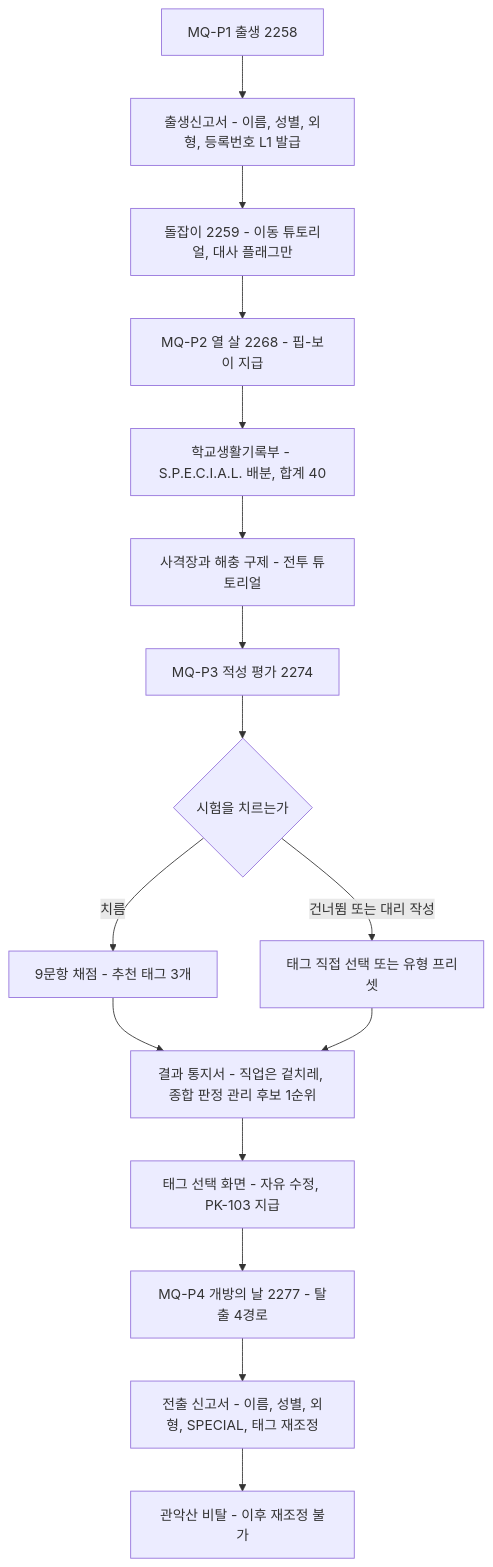
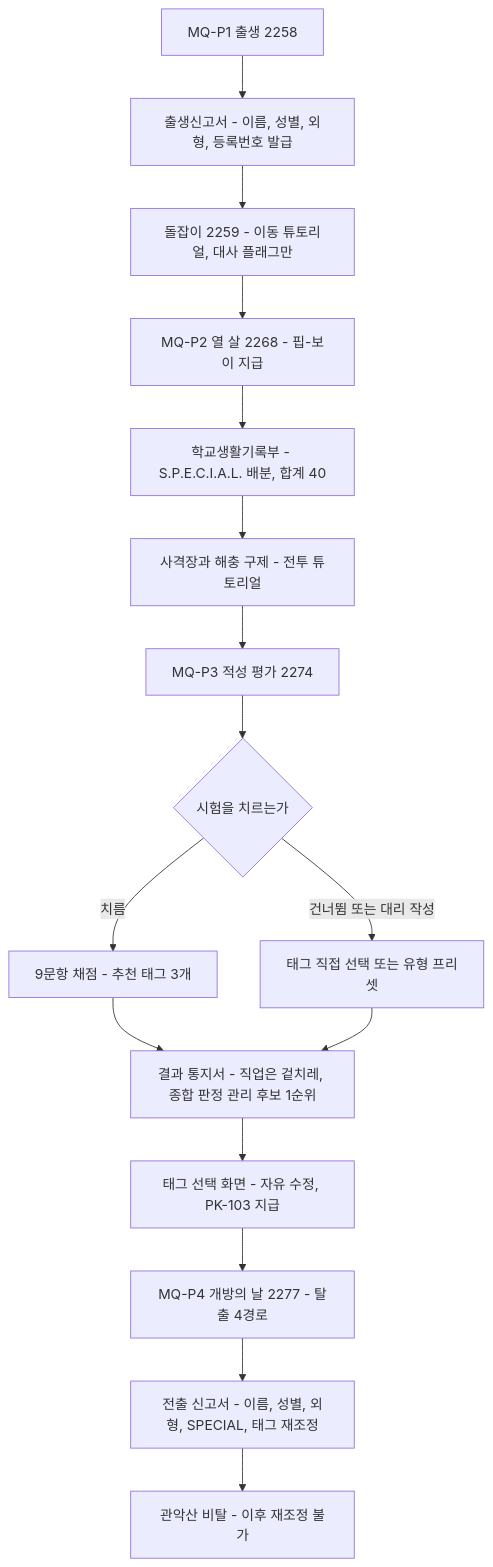
One commit to forsurvive/003 changed the fourth of 4 diagrams in docs/seoul-fallout/10_character-system.md. Above: the diagram before and after it, drawn with Mermaid. The commit also changed other lines of this file and 18 other files, not shown here.

````diff
--- a/docs/seoul-fallout/10_character-system.md
+++ b/docs/seoul-fallout/10_character-system.md
@@ -1283,18 +1289,18 @@
 ```mermaid
 flowchart TD
-    A["MQ-P1 출생 2258"] --> B["출생신고서 - 이름, 성별, 외형, 등록번호 L1 발급"]
+    A["MQ-P1 출생 2258"] --> B["출생신고서 - 이름, 성별, 외형, 등록번호 발급"]
     B --> C["돌잡이 2259 - 이동 튜토리얼, 대사 플래그만"]
     C --> D["MQ-P2 열 살 2268 - 핍-보이 지급"]
     D --> E["학교생활기록부 - S.P.E.C.I.A.L. 배분, 합계 40"]
     E --> F["사격장과 해충 구제 - 전투 튜토리얼"]
     F --> G["MQ-P3 적성 평가 2274"]
     G --> H{"시험을 치르는가"}
     H -->|"치름"| I["9문항 채점 - 추천 태그 3개"]
     H -->|"건너뜀 또는 대리 작성"| J["태그 직접 선택 또는 유형 프리셋"]
     I --> K["결과 통지서 - 직업은 겉치레, 종합 판정 관리 후보 1순위"]
     J --> K
     K --> L["태그 선택 화면 - 자유 수정, PK-103 지급"]
     L --> M["MQ-P4 개방의 날 2277 - 탈출 4경로"]
     M --> N["전출 신고서 - 이름, 성별, 외형, SPECIAL, 태그 재조정"]
     N --> O["관악산 비탈 - 이후 재조정 불가"]
 ```
````
